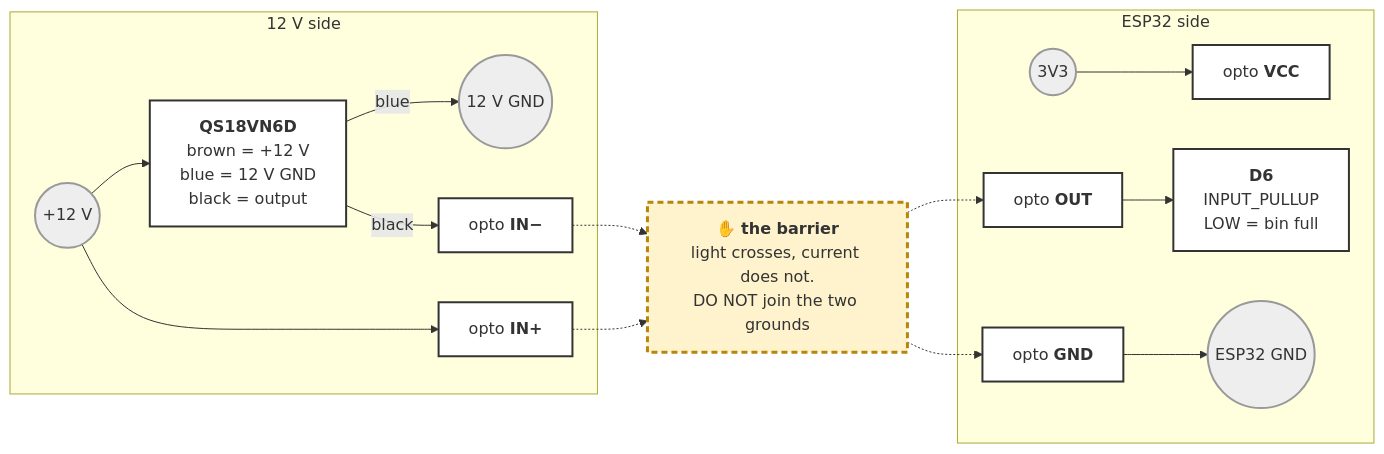
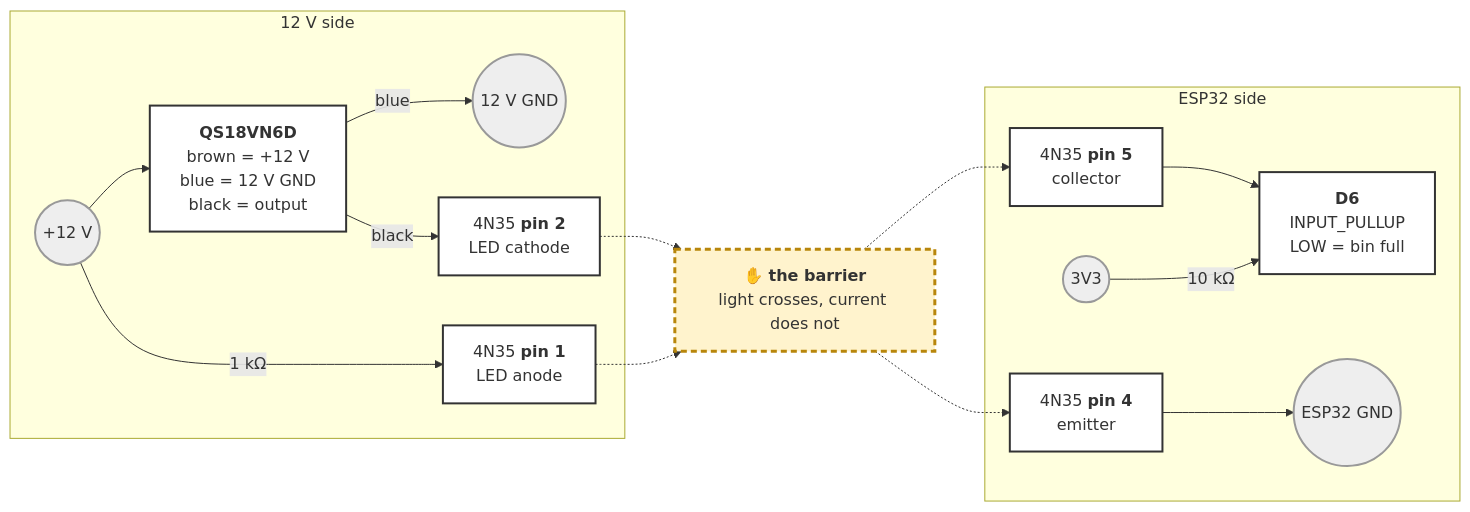
One commit to jeff-engineers/dustgate changed the first of 4 diagrams in firmware/wiring/collector-node.md. Above: the diagram before and after it, drawn with Mermaid. The commit also changed other lines of this file and 3 other files, not shown here.

````diff
--- a/firmware/wiring/collector-node.md
+++ b/firmware/wiring/collector-node.md
@@ -86,22 +96,22 @@
 ```mermaid
 flowchart LR
   subgraph TWELVE["12 V side"]
     P12(("+12 V")):::rail --> QS["<b>QS18VN6D</b><br/>brown = +12 V<br/>blue = 12 V GND<br/>black = output"]:::node
     QS -- "blue" --> G12(("12 V GND")):::rail
-    QS -- "black" --> IN["opto <b>IN−</b>"]:::node
-    P12 --> INP["opto <b>IN+</b>"]:::node
+    P12 -- "1 kΩ" --> P1["4N35 <b>pin 1</b><br/>LED anode"]:::node
+    QS -- "black" --> P2["4N35 <b>pin 2</b><br/>LED cathode"]:::node
   end
   subgraph ESP["ESP32 side"]
-    V3(("3V3")):::rail --> OPTO["opto <b>VCC</b>"]:::node
-    OUT["opto <b>OUT</b>"]:::node --> D6["<b>D6</b><br/>INPUT_PULLUP<br/>LOW = bin full"]:::node
-    OPTO2["opto <b>GND</b>"]:::node --> GE(("ESP32 GND")):::rail
+    P5["4N35 <b>pin 5</b><br/>collector"]:::node --> D6["<b>D6</b><br/>INPUT_PULLUP<br/>LOW = bin full"]:::node
+    V3(("3V3")):::rail -- "10 kΩ" --> D6
+    P4["4N35 <b>pin 4</b><br/>emitter"]:::node --> GE(("ESP32 GND")):::rail
   end
-  IN -.-> BARRIER
-  INP -.-> BARRIER
-  BARRIER["✋ <b>the barrier</b><br/>light crosses, current does not.<br/>DO NOT join the two grounds"]:::barrier
-  BARRIER -.-> OUT
-  BARRIER -.-> OPTO2
+  P1 -.-> BARRIER
+  P2 -.-> BARRIER
+  BARRIER["✋ <b>the barrier</b><br/>light crosses, current does not"]:::barrier
+  BARRIER -.-> P5
+  BARRIER -.-> P4
   classDef rail fill:#eee,stroke:#999
   classDef node fill:#fff,stroke:#333,stroke-width:2px
   classDef barrier fill:#fff3cd,stroke:#b8860b,stroke-width:3px,stroke-dasharray: 6 4
 ```
````
